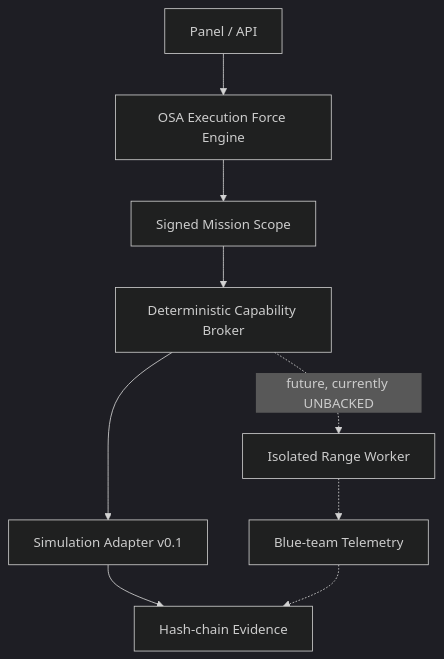
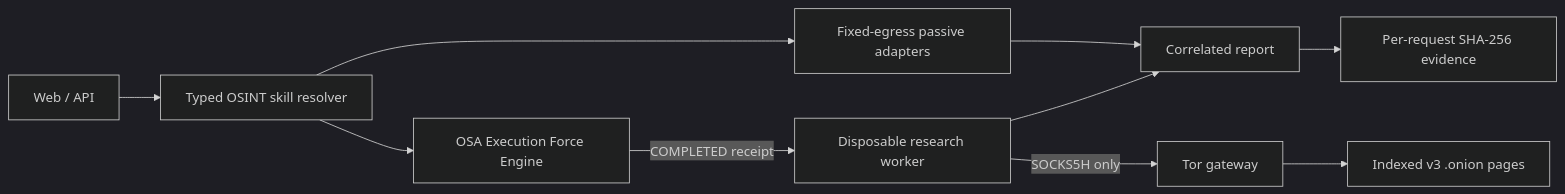
The diagram in README.md (HazEOskA/OSINT-AGENT-SHERLOCK-OSA), drawn with Mermaid (dark theme) before and after one commit. The commit also changed other lines of this file and 42 other files, not shown here.

Commit message:
feat: build skill-driven OSINT agent

````diff
--- a/README.md
+++ b/README.md
@@ -36,11 +49,12 @@
 ```mermaid
-flowchart TB
-    UI["Panel / API"] --> ENG["OSA Execution Force Engine"]
-    ENG --> SCOPE["Signed Mission Scope"]
-    SCOPE --> BROKER["Deterministic Capability Broker"]
-    BROKER --> SIM["Simulation Adapter v0.1"]
-    BROKER -. "future, currently UNBACKED" .-> RANGE["Isolated Range Worker"]
-    SIM --> LEDGER["Hash-chain Evidence"]
-    RANGE -.-> BLUE["Blue-team Telemetry"]
-    BLUE -.-> LEDGER
+flowchart LR
+    UI["Web / API"] --> PLAN["Typed OSINT skill resolver"]
+    PLAN --> PUB["Fixed-egress passive adapters"]
+    PLAN --> ENG["OSA Execution Force Engine"]
+    ENG -->|"COMPLETED receipt"| WORKER["Disposable research worker"]
+    WORKER -->|"SOCKS5H only"| TOR["Tor gateway"]
+    TOR --> ONION["Indexed v3 .onion pages"]
+    PUB --> REPORT["Correlated report"]
+    WORKER --> REPORT
+    REPORT --> LEDGER["Per-request SHA-256 evidence"]
 ```
````
